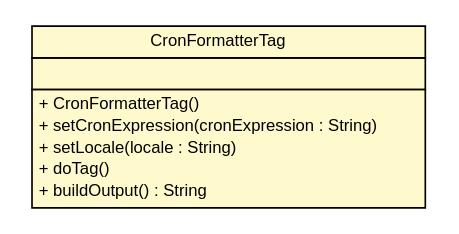
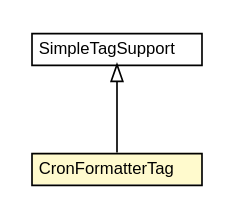
One commit to B3Partners/brmo changed the diagram in brmo-taglib/apidocs/nl/b3p/web/jsp/CronFormatterTag.dot. Above: the diagram before and after it, drawn with Graphviz. The commit also changed 64 other files, not shown here.

```diff
--- a/brmo-taglib/apidocs/nl/b3p/web/jsp/CronFormatterTag.dot
+++ b/brmo-taglib/apidocs/nl/b3p/web/jsp/CronFormatterTag.dot
@@ -1,28 +1,26 @@
 #!/usr/local/bin/dot
 #
 # Class diagram 
 # Generated by UMLGraph version R5_6-24-gf6e263 (http://www.umlgraph.org/)
 #
 
 digraph G {
 	edge [fontname="Helvetica",fontsize=10,labelfontname="Helvetica",labelfontsize=10];
 	node [fontname="Helvetica",fontsize=10,shape=plaintext];
 	nodesep=0.25;
 	ranksep=0.5;
 	// nl.b3p.web.jsp.CronFormatterTag
-	c5 [label=<<table title="nl.b3p.web.jsp.CronFormatterTag" border="0" cellborder="1" cellspacing="0" cellpadding="2" port="p" bgcolor="lemonChiffon" href="./CronFormatterTag.html">
+	c3 [label=<<table title="nl.b3p.web.jsp.CronFormatterTag" border="0" cellborder="1" cellspacing="0" cellpadding="2" port="p" bgcolor="lemonChiffon" href="./CronFormatterTag.html">
 		<tr><td><table border="0" cellspacing="0" cellpadding="1">
 <tr><td align="center" balign="center"> CronFormatterTag </td></tr>
 		</table></td></tr>
+		</table>>, URL="./CronFormatterTag.html", fontname="Helvetica", fontcolor="black", fontsize=10.0];
+	//nl.b3p.web.jsp.CronFormatterTag extends javax.servlet.jsp.tagext.SimpleTagSupport
+	c5:p -> c3:p [dir=back,arrowtail=empty];
+	// javax.servlet.jsp.tagext.SimpleTagSupport
+	c5 [label=<<table title="javax.servlet.jsp.tagext.SimpleTagSupport" border="0" cellborder="1" cellspacing="0" cellpadding="2" port="p">
 		<tr><td><table border="0" cellspacing="0" cellpadding="1">
-<tr><td align="left" balign="left">  </td></tr>
+<tr><td align="center" balign="center"> SimpleTagSupport </td></tr>
 		</table></td></tr>
-		<tr><td><table border="0" cellspacing="0" cellpadding="1">
-<tr><td align="left" balign="left"> + CronFormatterTag() </td></tr>
-<tr><td align="left" balign="left"> + setCronExpression(cronExpression : String) </td></tr>
-<tr><td align="left" balign="left"> + setLocale(locale : String) </td></tr>
-<tr><td align="left" balign="left"> + doTag() </td></tr>
-<tr><td align="left" balign="left"> + buildOutput() : String </td></tr>
-		</table></td></tr>
-		</table>>, URL="./CronFormatterTag.html", fontname="Helvetica", fontcolor="black", fontsize=10.0];
+		</table>>, URL="null", fontname="Helvetica", fontcolor="black", fontsize=10.0];
 }
```
